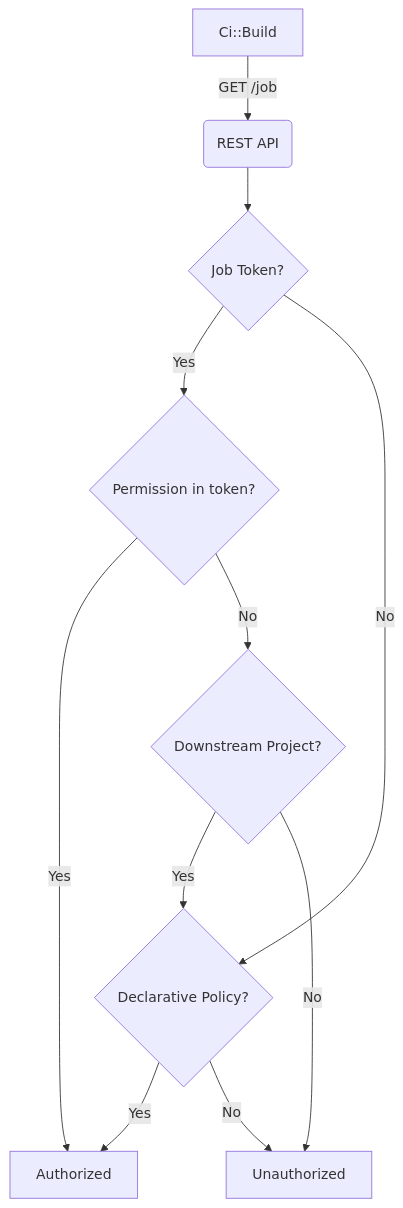
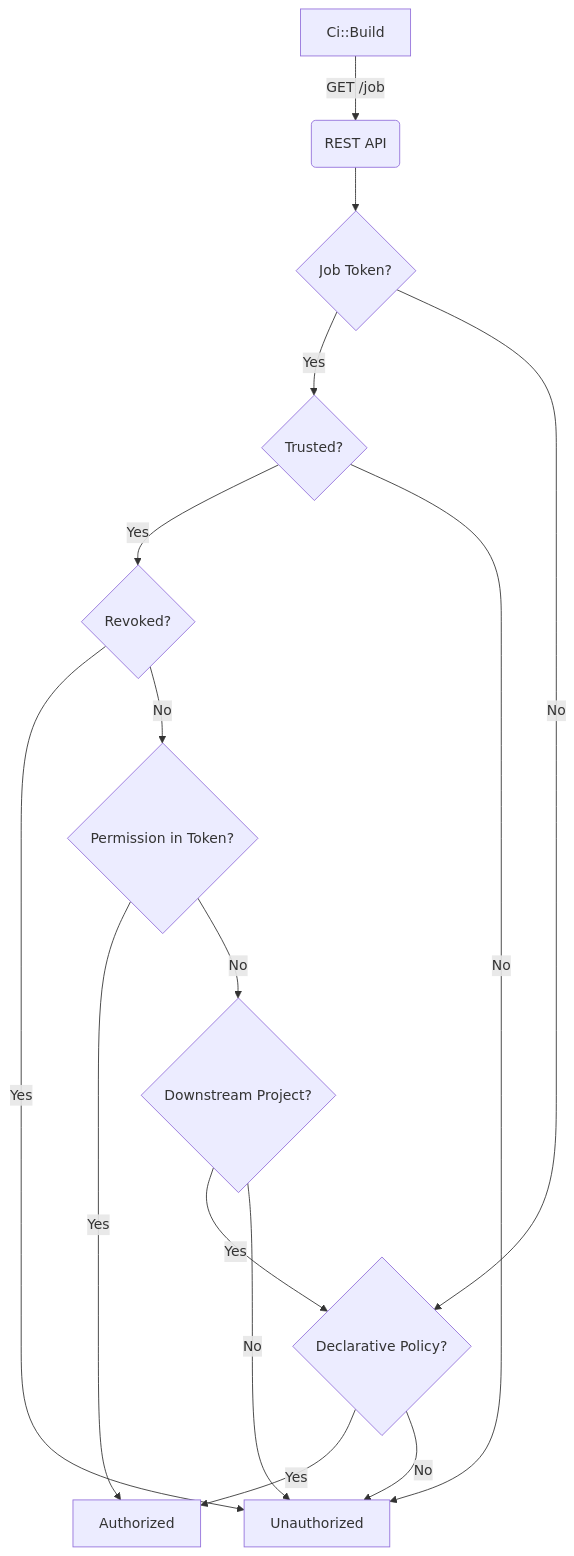
Before and after one commit to moliver28/research-handbook: the diagram in content/handbook/engineering/architecture/design-documents/ci_job_token/_index.md, drawn with Mermaid.

Commit message:
Check if token is trusted and revoked

````diff
--- a/content/handbook/engineering/architecture/design-documents/ci_job_token/_index.md
+++ b/content/handbook/engineering/architecture/design-documents/ci_job_token/_index.md
@@ -139,13 +139,17 @@
 ```mermaid
 flowchart TD
     A[Ci::Build] -->|GET /job | B(REST API)
     B --> C{Job Token?}
-    C -->|Yes| D{Permission in token?}
+    C -->|Yes| I{Trusted?}
     C -->|No| E{Declarative Policy?}
     D -->|Yes| F[Authorized]
     D -->|No| G{Downstream Project?}
     G -->|Yes| E
     G -->|No| H[Unauthorized]
     E -->|Yes| F
     E -->|No| H
+    I -->|Yes| J{Revoked?}
+    I -->|No| H
+    J -->|Yes| H
+    J -->|No| D{Permission in Token?}
 ```
````
